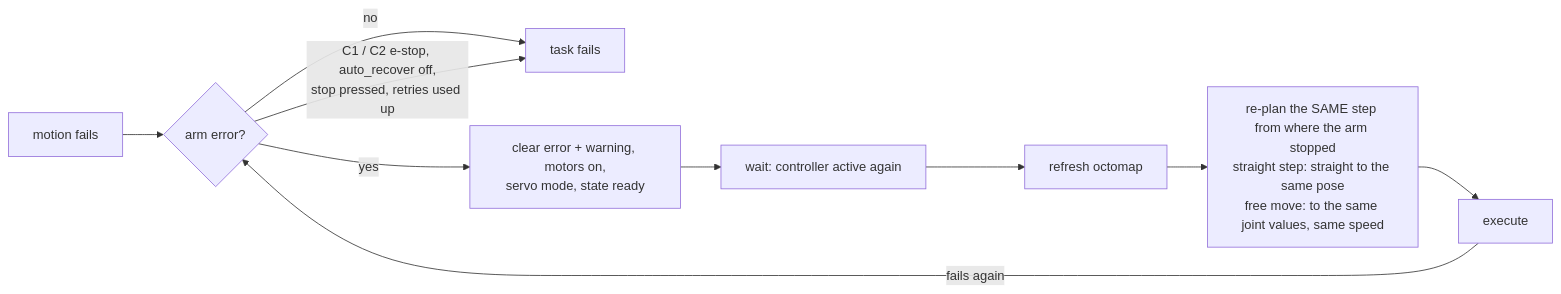
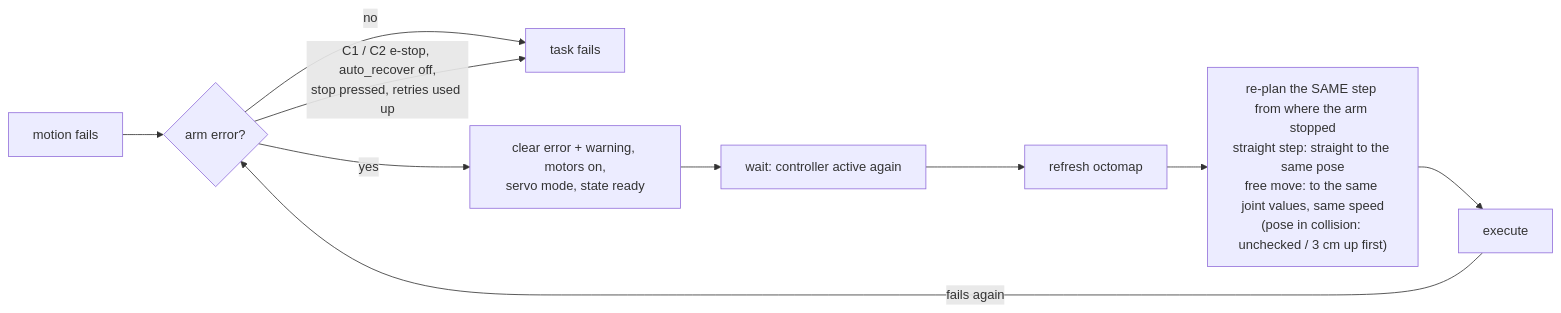
The second of 6 diagrams in docs/pages/06-pick-execution.md (whoobee/qb_arm_install), drawn with Mermaid before and after one commit. The commit also changed other lines of this file and 2 other files, not shown here.

````diff
--- a/docs/pages/06-pick-execution.md
+++ b/docs/pages/06-pick-execution.md
@@ -153,12 +153,12 @@
 ```mermaid
 flowchart LR
     F[motion fails] --> E{arm error?}
     E -- no --> X[task fails]
     E -- "C1 / C2 e-stop, auto_recover off,<br/>stop pressed, retries used up" --> X
     E -- yes --> R["clear error + warning, motors on,<br/>servo mode, state ready"]
     R --> C[wait: controller active again]
     C --> O[refresh octomap]
-    O --> P["re-plan the SAME step from where the arm stopped<br/>straight step: straight to the same pose<br/>free move: to the same joint values, same speed"]
+    O --> P["re-plan the SAME step from where the arm stopped<br/>straight step: straight to the same pose<br/>free move: to the same joint values, same speed<br/>(pose in collision: unchecked / 3 cm up first)"]
     P --> M[execute]
     M -- fails again --> E
 ```
````
